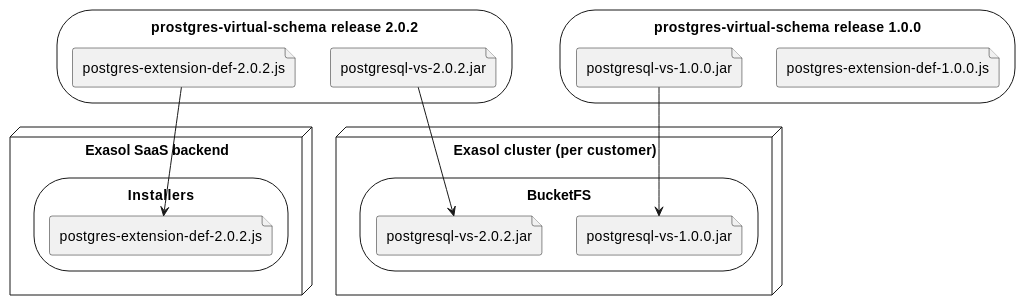
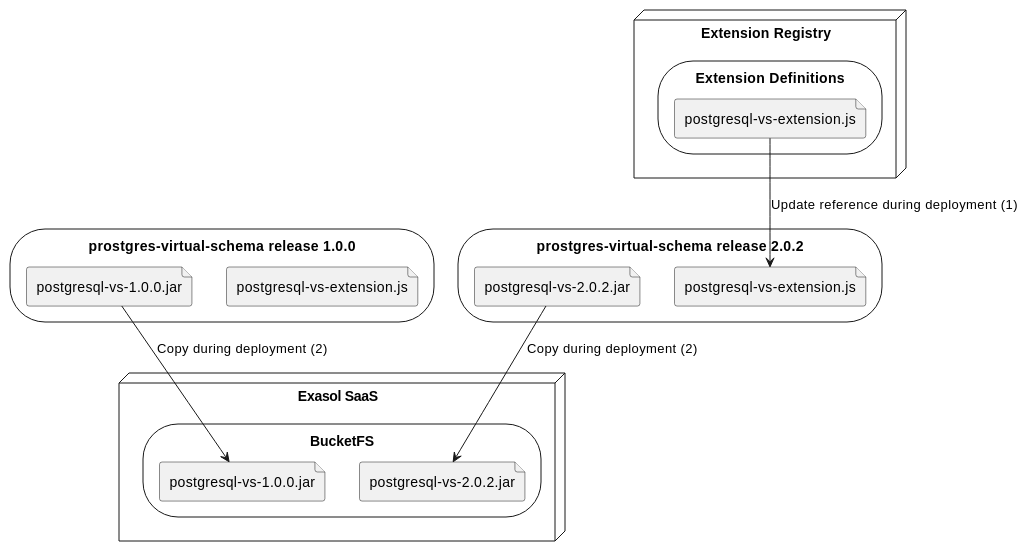
Before and after one commit to exasol/extension-manager: the sixth of 9 diagrams in doc/design.md, drawn with PlantUML. The commit also changed other lines of this file and 12 other files, not shown here.

````diff
--- a/doc/design.md
+++ b/doc/design.md
@@ -437,30 +435,30 @@
 ```plantuml
 @startuml
 storage "prostgres-virtual-schema release 2.0.2" {
-  file installerInRepo as "postgres-extension-def-2.0.2.js"
+  file installerInRepo as "postgresql-vs-extension.js"
   file jarV2InRepo as "postgresql-vs-2.0.2.jar"
 }
 
 storage "prostgres-virtual-schema release 1.0.0" {
-  file "postgres-extension-def-1.0.0.js"
+  file "postgresql-vs-extension.js"
   file jarV1InRepo as "postgresql-vs-1.0.0.jar"
 }
 
-node "Exasol SaaS backend" {
-  storage Installers {
-    file installerInBucketFS as "postgres-extension-def-2.0.2.js"
+node "Extension Registry" {
+  storage "Extension Definitions" {
+    file installerInBucketFS as "postgresql-vs-extension.js"
   }
 }
 
-node "Exasol cluster (per customer)" {
+node "Exasol SaaS" {
   storage BucketFS {
     file jarV2InBucketFs as "postgresql-vs-2.0.2.jar"
     file jarV1InBucketFS as "postgresql-vs-1.0.0.jar"
   }
 }
 
-installerInRepo --> installerInBucketFS
-jarV2InRepo --> jarV2InBucketFs
-jarV1InRepo --> jarV1InBucketFS
+installerInBucketFS --> installerInRepo : Update reference during deployment (1)
+jarV2InRepo --> jarV2InBucketFs : Copy during deployment (2)
+jarV1InRepo --> jarV1InBucketFS : Copy during deployment (2)
 @enduml
 ```
````
